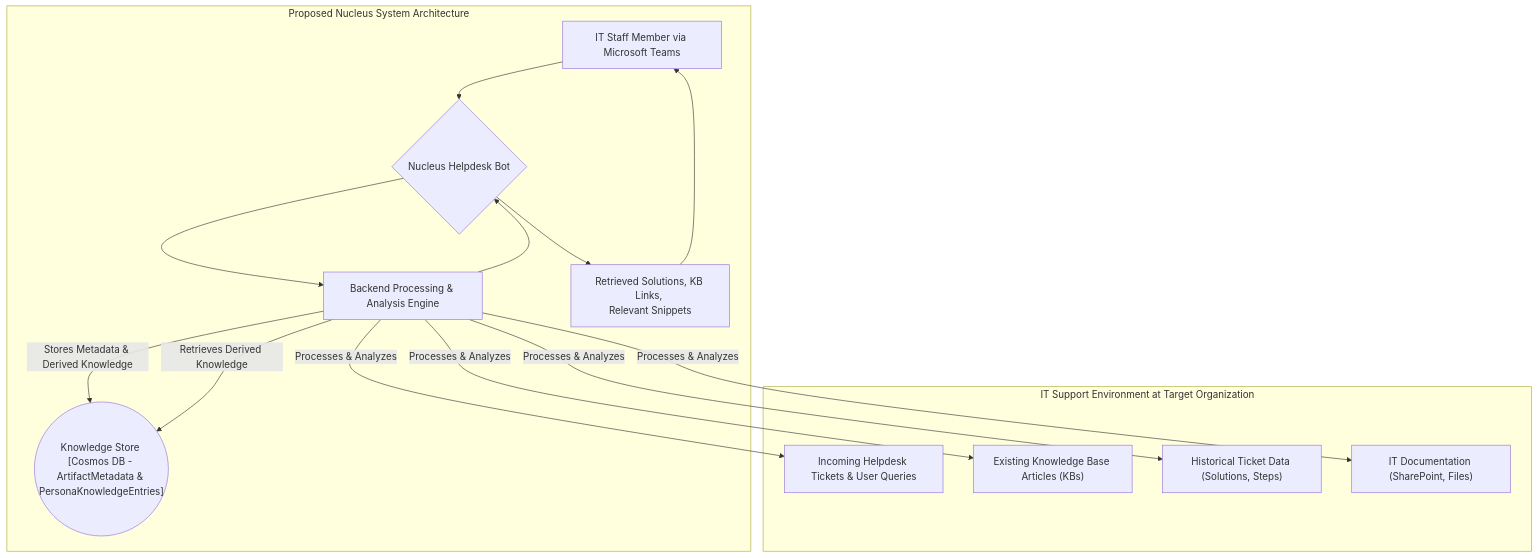
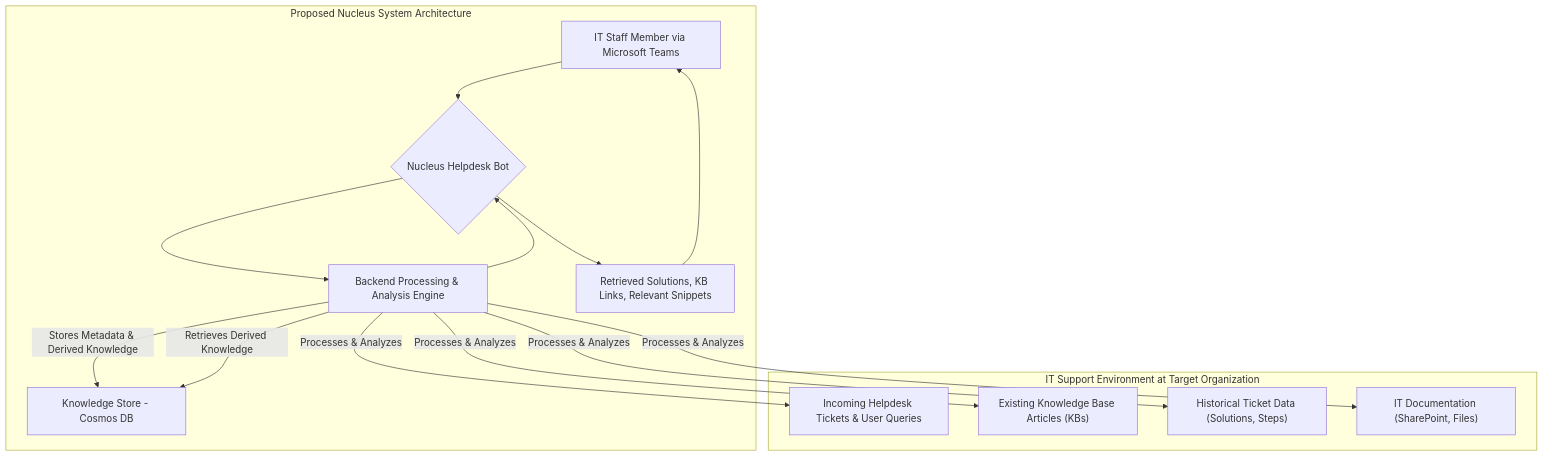
The second of 5 diagrams in Docs/Architecture/00_ARCHITECTURE_OVERVIEW.md (jfjordanfarr/Nucleus), drawn with Mermaid before and after one commit. The commit also changed other lines of this file and 12 other files, not shown here.

Commit message:
Better mermaid parsing on existing docs

````diff
--- a/Docs/Architecture/00_ARCHITECTURE_OVERVIEW.md
+++ b/Docs/Architecture/00_ARCHITECTURE_OVERVIEW.md
@@ -198,20 +196,23 @@
 ```mermaid
 graph TD
     subgraph "IT Support Environment at Target Organization"
         A["Incoming Helpdesk Tickets & User Queries"]
         B["Existing Knowledge Base Articles (KBs)"]
         C["Historical Ticket Data (Solutions, Steps)"]
         D["IT Documentation (SharePoint, Files)"]
     end
 
     subgraph "Proposed Nucleus System Architecture"
-        E["IT Staff Member via Microsoft Teams"] --> F{Nucleus Helpdesk Bot};
-        F --> G["Backend Processing & Analysis Engine"];
-        G -- Processes & Analyzes --> A & B & C & D;
-        G -- Stores Metadata & Derived Knowledge --> H(("Knowledge Store <br/>[Cosmos DB - ArtifactMetadata & PersonaKnowledgeEntries]"));
-        G -- Retrieves Derived Knowledge --> H;
-        G --> F;
-        F --> K["Retrieved Solutions, KB Links, <br/>Relevant Snippets"];
-        K --> E;
+        E["IT Staff Member via Microsoft Teams"] --> F{"Nucleus Helpdesk Bot"}
+        F --> G["Backend Processing & Analysis Engine"]
+        G -- "Processes & Analyzes" --> A
+        G -- "Processes & Analyzes" --> B
+        G -- "Processes & Analyzes" --> C
+        G -- "Processes & Analyzes" --> D
+        G -- "Stores Metadata & Derived Knowledge" --> H["Knowledge Store - Cosmos DB"]
+        G -- "Retrieves Derived Knowledge" --> H
+        G --> F
+        F --> K["Retrieved Solutions, KB Links, Relevant Snippets"]
+        K --> E
     end
 ```
````
